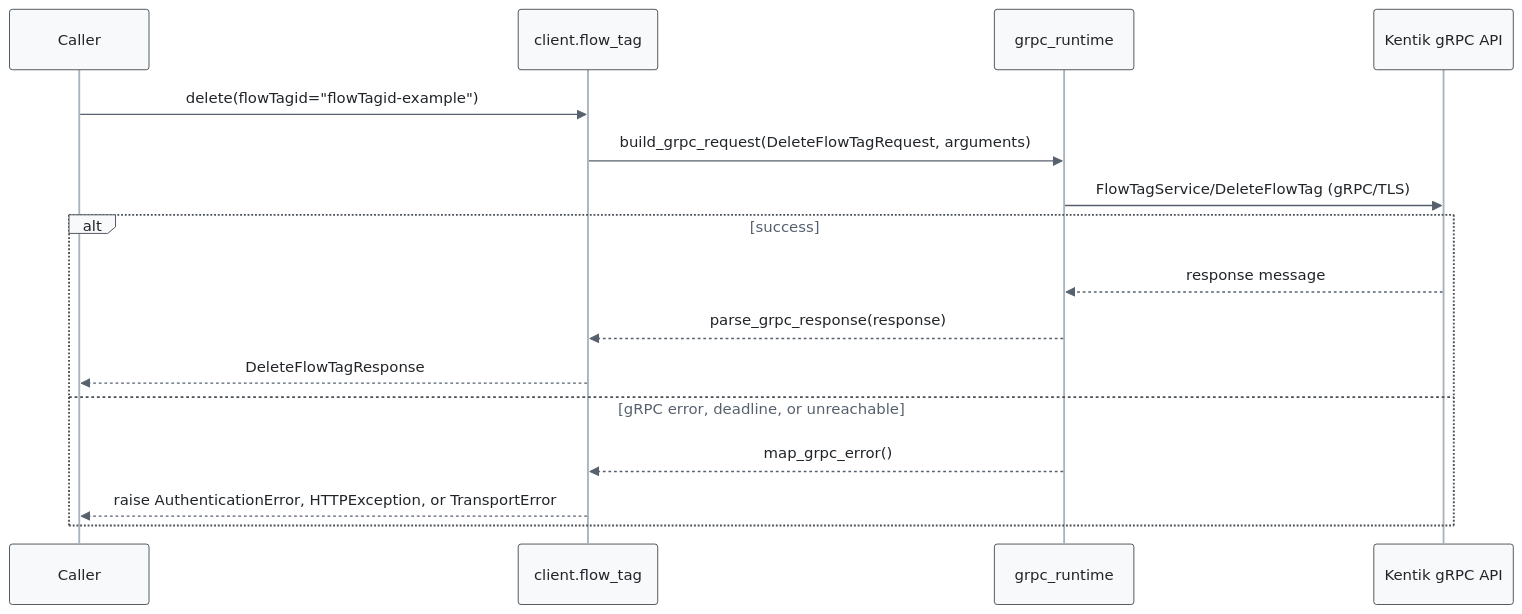
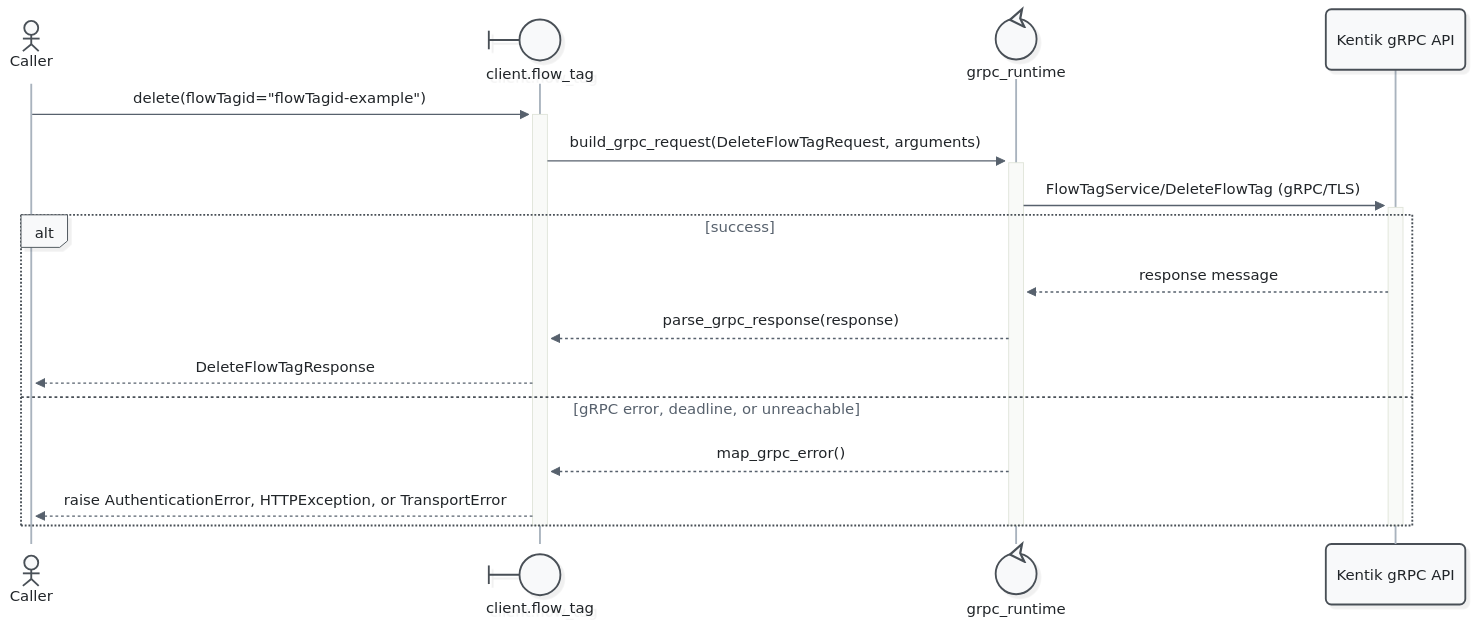
One commit to alexdearaujo/community_sdk_python changed the tenth of 11 diagrams in docs/sphinx/services/flow_tag.md. Above: the diagram before and after it, drawn with Mermaid. The commit also changed other lines of this file and 52 other files, not shown here.

First line of the commit message:
docs: Mermaid 12 sequence diagrams with participant types and path colors

````diff
--- a/docs/sphinx/services/flow_tag.md
+++ b/docs/sphinx/services/flow_tag.md
@@ -373,20 +395,23 @@
 ```mermaid
-%%{init: {"theme": "base", "fontFamily": "ui-monospace, SFMono-Regular, Menlo, monospace", "themeVariables": {"fontFamily": "ui-monospace, SFMono-Regular, Menlo, monospace", "primaryColor": "#f8f9fa", "primaryBorderColor": "#495057", "primaryTextColor": "#212529", "textColor": "#212529", "lineColor": "#77818c", "edgeLabelBackground": "#ffffff", "actorBkg": "#f8f9fa", "actorBorder": "#495057", "actorTextColor": "#212529", "actorLineColor": "#a9b3be", "signalColor": "#57616d", "signalTextColor": "#212529", "labelBoxBkgColor": "#f8f9fa", "labelBoxBorderColor": "#495057", "labelTextColor": "#212529", "loopTextColor": "#57616d", "noteBkgColor": "#fff9db", "noteBorderColor": "#f08c00", "noteTextColor": "#a35a00"}, "flowchart": {"curve": "step", "nodeSpacing": 30, "rankSpacing": 70, "wrappingWidth": 400}}}%%
+%%{init: {"theme": "redux", "look": "neo", "layout": "dagre", "fontFamily": "ui-monospace, SFMono-Regular, Menlo, monospace", "themeVariables": {"fontFamily": "ui-monospace, SFMono-Regular, Menlo, monospace", "primaryColor": "#f8f9fa", "primaryBorderColor": "#495057", "primaryTextColor": "#212529", "textColor": "#212529", "lineColor": "#77818c", "edgeLabelBackground": "#ffffff", "actorBkg": "#f8f9fa", "actorBorder": "#495057", "actorTextColor": "#212529", "actorLineColor": "#a9b3be", "signalColor": "#57616d", "signalTextColor": "#212529", "labelBoxBkgColor": "#f8f9fa", "labelBoxBorderColor": "#495057", "labelTextColor": "#212529", "loopTextColor": "#57616d", "noteBkgColor": "#fff9db", "noteBorderColor": "#f08c00", "noteTextColor": "#a35a00"}, "sequence": {"activationWidth": 16}, "flowchart": {"curve": "step", "nodeSpacing": 30, "rankSpacing": 70, "wrappingWidth": 400}}}%%
 sequenceDiagram
-    participant C as Caller
-    participant W as client.flow_tag
-    participant R as grpc_runtime
+    actor C as Caller
+    participant W@{ "type": "boundary" } as client.flow_tag
+    participant R@{ "type": "control" } as grpc_runtime
     participant API as Kentik gRPC API
 
-    C->>W: delete(flowTagid="flowTagid-example")
-    W->>R: build_grpc_request(DeleteFlowTagRequest, arguments)
-    R->>API: FlowTagService/DeleteFlowTag (gRPC/TLS)
+    C->>+W: delete(flowTagid="flowTagid-example")
+    W->>+R: build_grpc_request(DeleteFlowTagRequest, arguments)
+    R->>+API: FlowTagService/DeleteFlowTag (gRPC/TLS)
     alt success
         API-->>R: response message
         R-->>W: parse_grpc_response(response)
         W-->>C: DeleteFlowTagResponse
     else gRPC error, deadline, or unreachable
         R-->>W: map_grpc_error()
         W-->>C: raise AuthenticationError, HTTPException, or TransportError
     end
+    deactivate API
+    deactivate R
+    deactivate W
 ```
````
